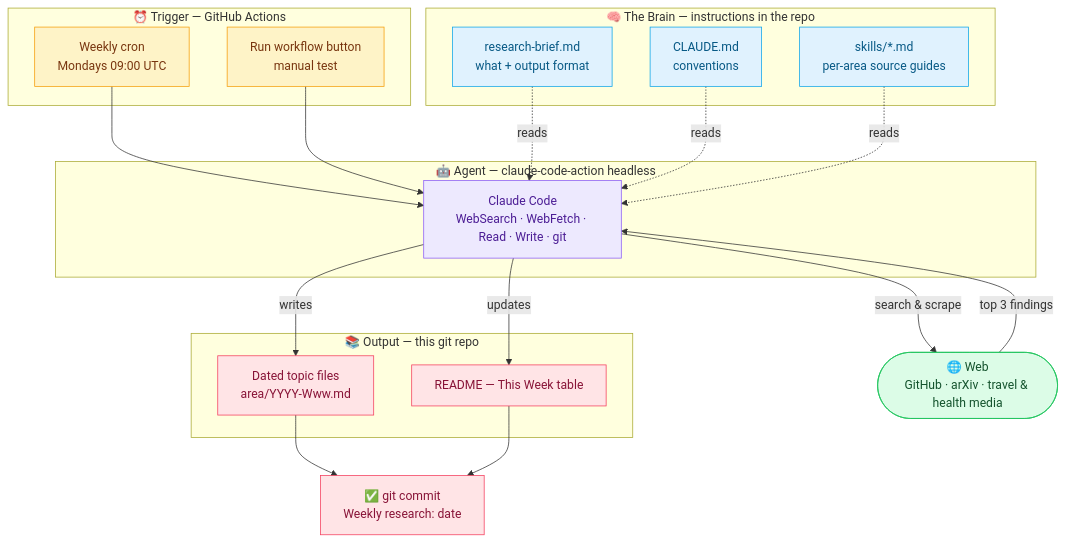
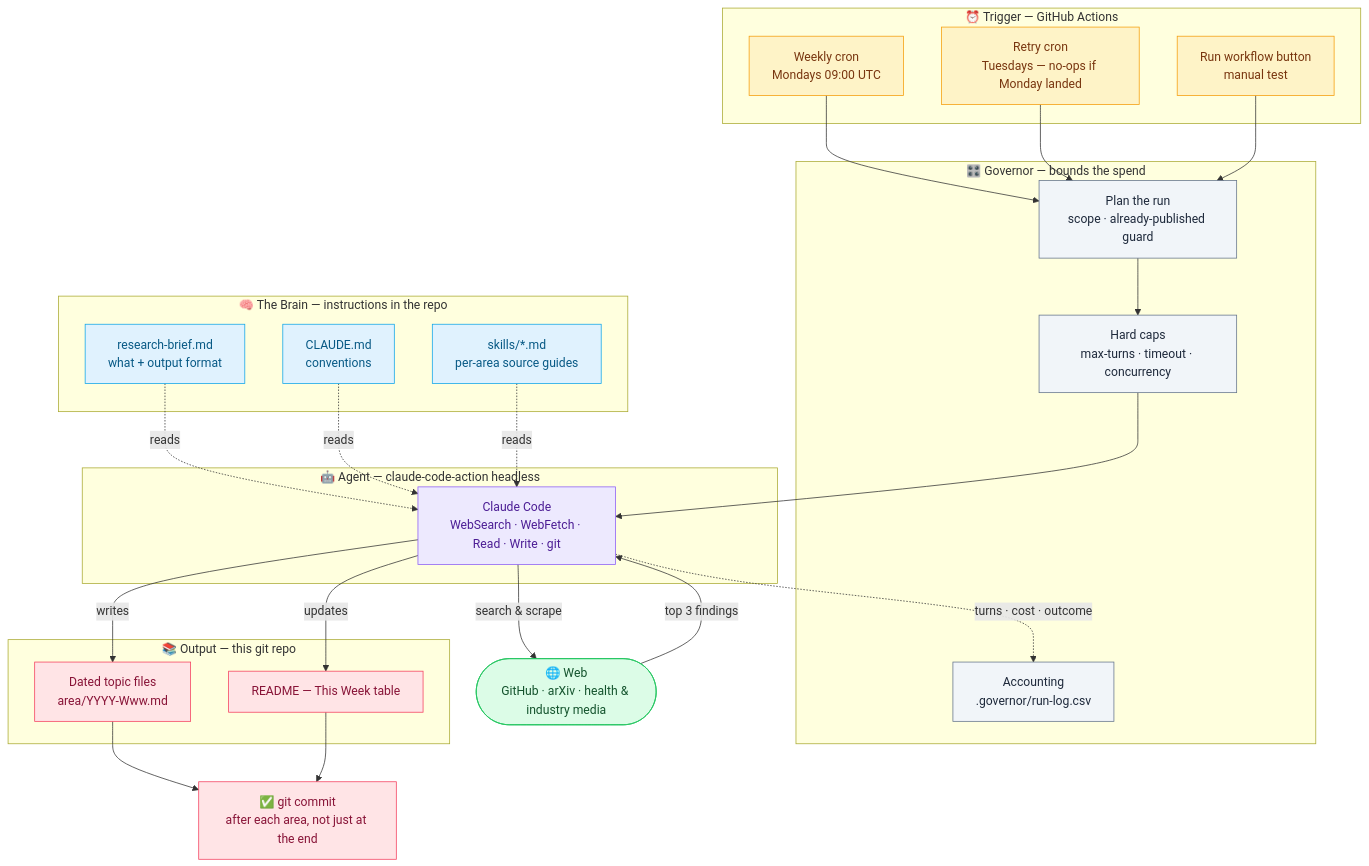
The diagram in README.md (mnaye/mai_pkb), drawn with Mermaid before and after one commit. The commit also changed other lines of this file and 9 other files, not shown here.

````diff
--- a/README.md
+++ b/README.md
@@ -79,48 +76,61 @@
 ```mermaid
 flowchart TD
     subgraph TRIGGER["⏰ Trigger — GitHub Actions"]
         CRON["Weekly cron<br/>Mondays 09:00 UTC"]
+        RETRY["Retry cron<br/>Tuesdays — no-ops if Monday landed"]
         MANUAL["Run workflow button<br/>manual test"]
+    end
+
+    subgraph GOV["🎛️ Governor — bounds the spend"]
+        PLAN["Plan the run<br/>scope · already-published guard"]
+        CAPS["Hard caps<br/>max-turns · timeout · concurrency"]
+        LOG["Accounting<br/>.governor/run-log.csv"]
     end
 
     subgraph AGENT["🤖 Agent — claude-code-action headless"]
         CLAUDE["Claude Code<br/>WebSearch · WebFetch · Read · Write · git"]
     end
 
     subgraph BRAIN["🧠 The Brain — instructions in the repo"]
         BRIEF["research-brief.md<br/>what + output format"]
         CONV["CLAUDE.md<br/>conventions"]
         SKILLS["skills/*.md<br/>per-area source guides"]
     end
 
-    WEB(["🌐 Web<br/>GitHub · arXiv · travel &amp; health media"])
+    WEB(["🌐 Web<br/>GitHub · arXiv · health &amp; industry media"])
 
     subgraph OUTPUT["📚 Output — this git repo"]
         FILES["Dated topic files<br/>area/YYYY-Www.md"]
         README["README — This Week table"]
     end
 
-    CRON --> CLAUDE
-    MANUAL --> CLAUDE
+    CRON --> PLAN
+    RETRY --> PLAN
+    MANUAL --> PLAN
+    PLAN --> CAPS
+    CAPS --> CLAUDE
     BRIEF -.reads.-> CLAUDE
     CONV -.reads.-> CLAUDE
     SKILLS -.reads.-> CLAUDE
     CLAUDE -->|"search &amp; scrape"| WEB
     WEB -->|"top 3 findings"| CLAUDE
     CLAUDE -->|"writes"| FILES
     CLAUDE -->|"updates"| README
-    FILES --> COMMIT["✅ git commit<br/>Weekly research: date"]
+    FILES --> COMMIT["✅ git commit<br/>after each area, not just at the end"]
     README --> COMMIT
+    CLAUDE -.turns · cost · outcome.-> LOG
 
     classDef trig fill:#fef3c7,stroke:#f59e0b,stroke-width:1px,color:#78350f;
     classDef agent fill:#ede9fe,stroke:#8b5cf6,stroke-width:1px,color:#4c1d95;
     classDef brain fill:#e0f2fe,stroke:#0ea5e9,stroke-width:1px,color:#075985;
     classDef web fill:#dcfce7,stroke:#22c55e,stroke-width:1px,color:#14532d;
     classDef out fill:#ffe4e6,stroke:#f43f5e,stroke-width:1px,color:#881337;
+    classDef gov fill:#f1f5f9,stroke:#64748b,stroke-width:1px,color:#1e293b;
 
-    class CRON,MANUAL trig;
+    class CRON,RETRY,MANUAL trig;
+    class PLAN,CAPS,LOG gov;
     class CLAUDE agent;
     class BRIEF,CONV,SKILLS brain;
     class WEB web;
     class FILES,README,COMMIT out;
 ```
````
